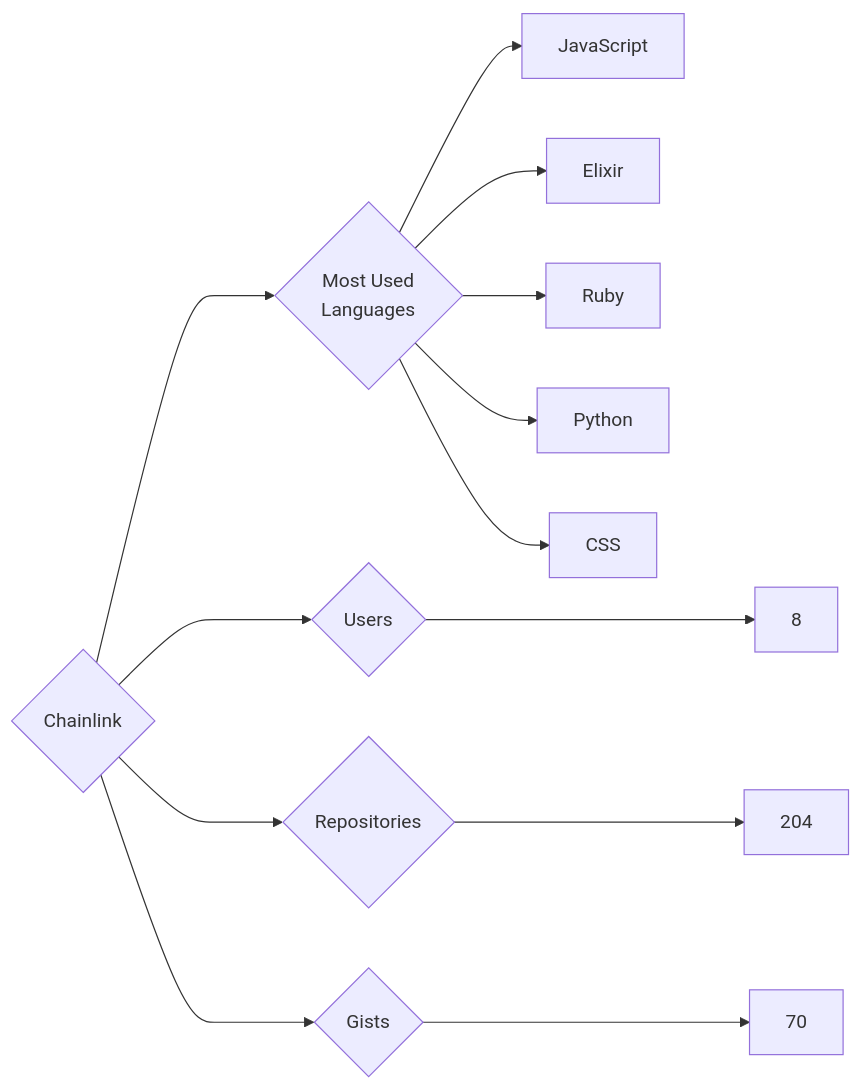
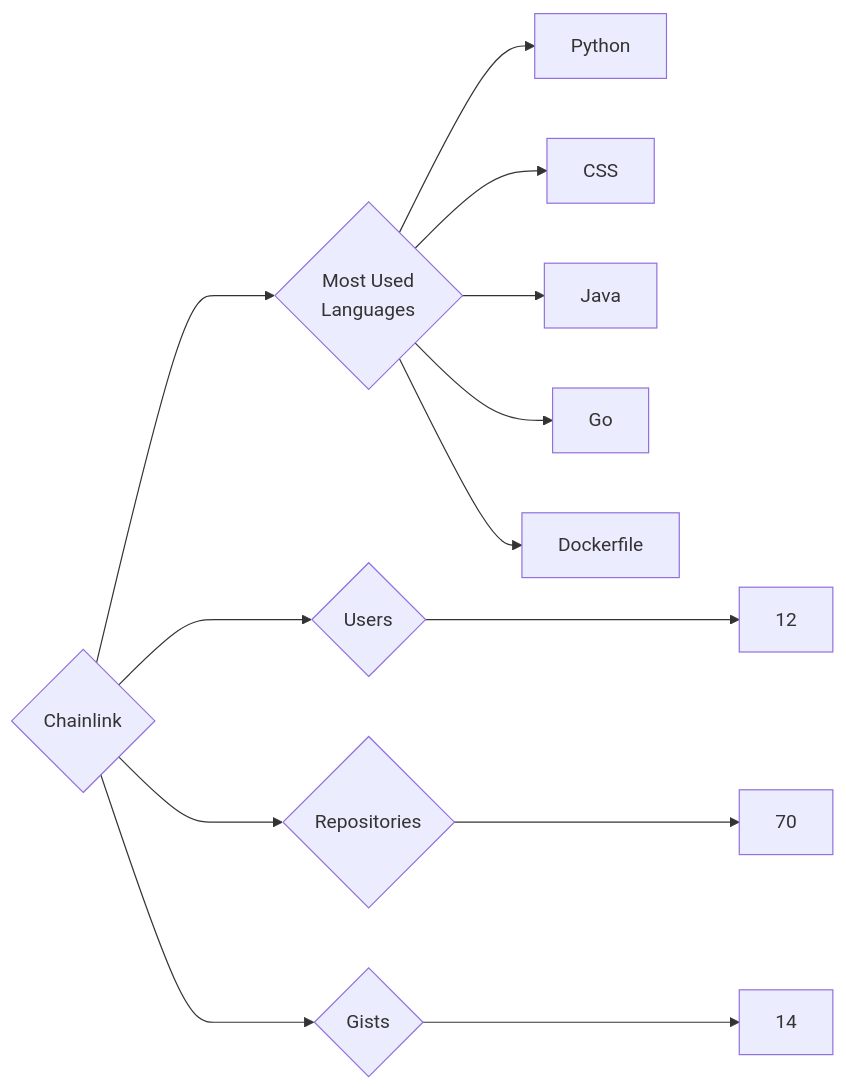
One commit to trickest/insiders changed the diagram in targets/Chainlink/README.md. Above: the diagram before and after it, drawn with Mermaid. The commit also changed 1141 other files, not shown here.

````diff
--- a/targets/Chainlink/README.md
+++ b/targets/Chainlink/README.md
@@ -3,13 +3,13 @@
 ```mermaid
 graph LR
 COMPANY_NAME{Chainlink}
-COMPANY_NAME ---> U{Users} ---> UN[8]
-COMPANY_NAME ---> R{Repositories} ---> RN[204]
-COMPANY_NAME ---> G{Gists} ---> GN[70]
+COMPANY_NAME ---> U{Users} ---> UN[12]
+COMPANY_NAME ---> R{Repositories} ---> RN[70]
+COMPANY_NAME ---> G{Gists} ---> GN[14]
 COMPANY_NAME ---> ML{Most Used<br>Languages}
-ML --> JavaScript[JavaScript]
-ML --> Elixir[Elixir]
-ML --> Ruby[Ruby]
 ML --> Python[Python]
 ML --> CSS[CSS]
+ML --> Java[Java]
+ML --> Go[Go]
+ML --> Dockerfile[Dockerfile]
 ```
````
